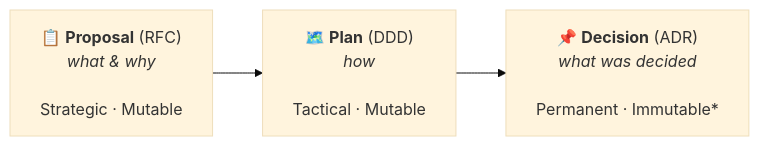
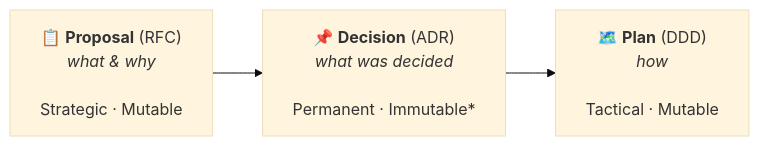
Before and after one commit to alexnodeland/principled: the first of 2 diagrams in plugins/principled-docs/README.md, drawn with Mermaid (base theme). The commit also changed other lines of this file and 17 other files, not shown here.

First line of the commit message:
docs: reorder pipeline flow from PRD→DDD→ADR to PRD→ADR→DDD (#4)

````diff
--- a/plugins/principled-docs/README.md
+++ b/plugins/principled-docs/README.md
@@ -24,8 +24,8 @@
 ```mermaid
 flowchart LR
     P["📋 <b>Proposal</b> (RFC)<br/><i>what &amp; why</i><br/><br/>Strategic · Mutable"]
+    D["📌 <b>Decision</b> (ADR)<br/><i>what was decided</i><br/><br/>Permanent · Immutable*"]
     L["🗺️ <b>Plan</b> (DDD)<br/><i>how</i><br/><br/>Tactical · Mutable"]
-    D["📌 <b>Decision</b> (ADR)<br/><i>what was decided</i><br/><br/>Permanent · Immutable*"]
 
-    P --> L --> D
+    P --> D --> L
 ```
````
